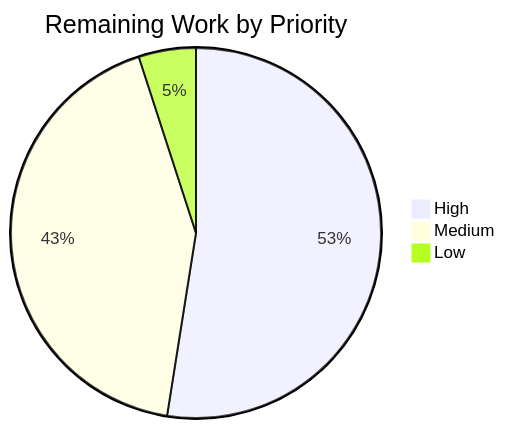
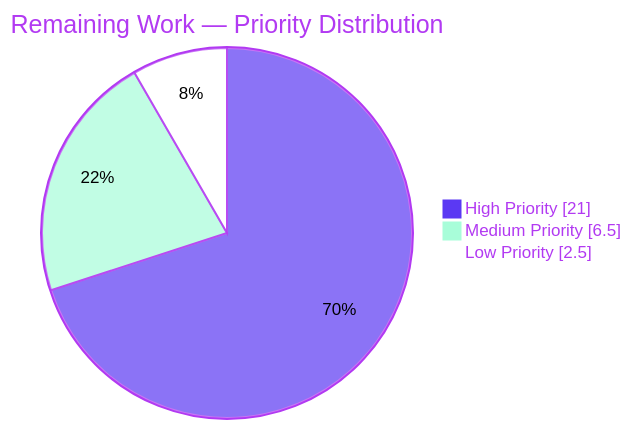
The third of 5 diagrams in blitzy/documentation/Project Guide.md (Blitzy-Sandbox/blitzy-trinket-oss), drawn with Mermaid before and after one commit. The commit also changed other lines of this file, not shown here.

Commit message:
Adding Blitzy Project Guide: Project Status and Human Tasks Remaining

````diff
--- a/blitzy/documentation/Project Guide.md
+++ b/blitzy/documentation/Project Guide.md
@@ -244,6 +333,8 @@
 ```mermaid
-pie title Remaining Work by Priority
-    "High" : 10.5
-    "Medium" : 8.5
-    "Low" : 1
+%%{init: {'theme':'base','themeVariables':{'pie1':'#5B39F3','pie2':'#A8FDD9','pie3':'#FFFFFF','pieStrokeColor':'#B23AF2','pieOuterStrokeColor':'#B23AF2','pieTitleTextColor':'#B23AF2','pieSectionTextColor':'#000000','pieLegendTextColor':'#B23AF2'}}}%%
+pie showData
+    title Remaining Work — Priority Distribution
+    "High Priority" : 21
+    "Medium Priority" : 6.5
+    "Low Priority" : 2.5
 ```
````
